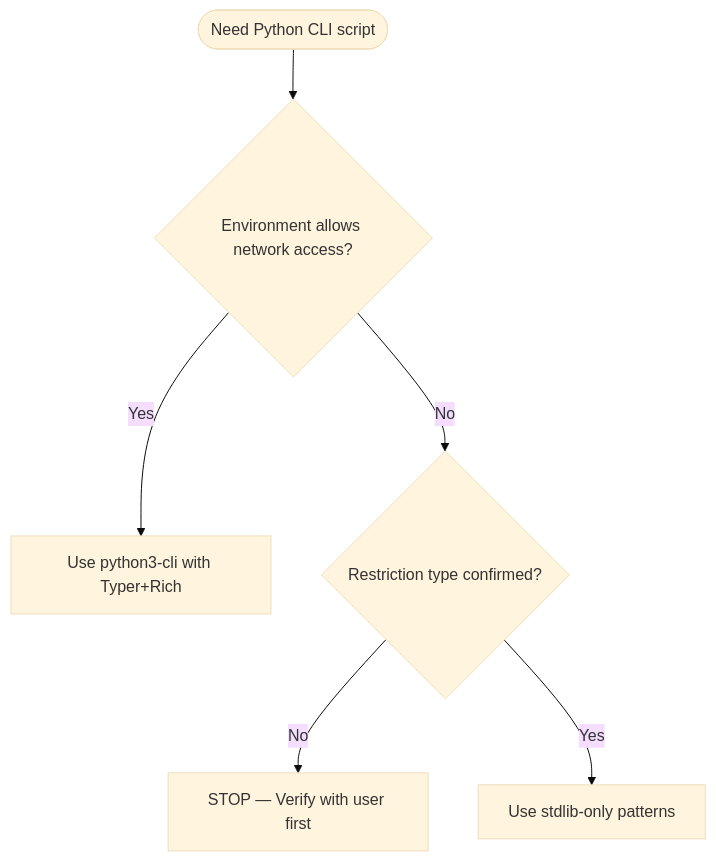
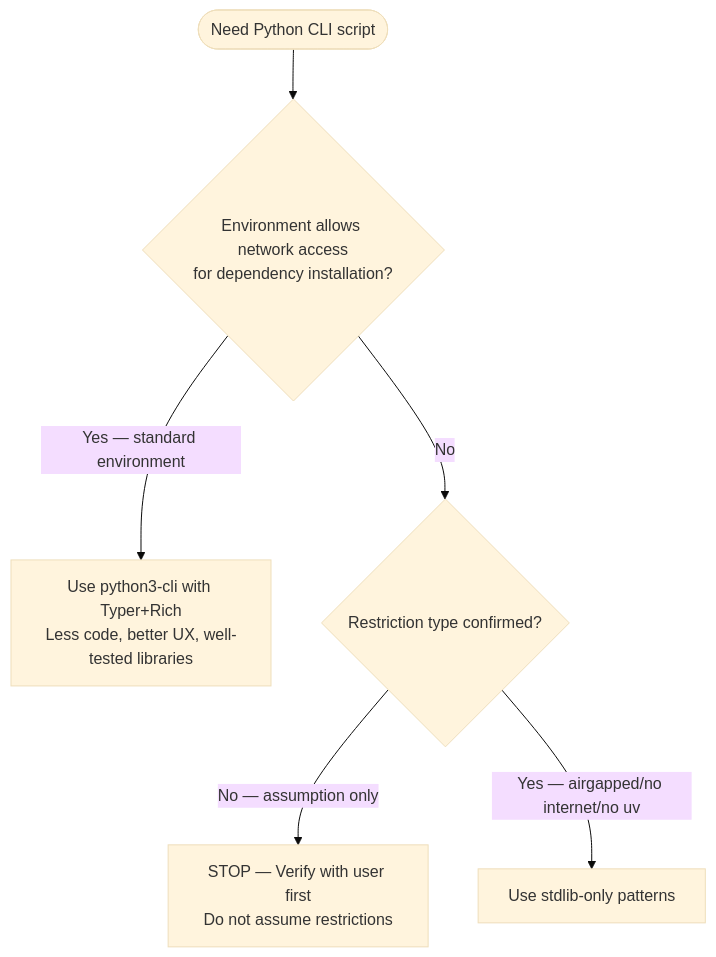
Before and after one commit to chgreer1070/claude_skills: the diagram in plugins/python-engineering/skills/python3-stdlib-only/SKILL.md, drawn with Mermaid (base theme). The commit also changed other lines of this file and 249 other files, not shown here.

````diff
--- a/plugins/python-engineering/skills/python3-stdlib-only/SKILL.md
+++ b/plugins/python-engineering/skills/python3-stdlib-only/SKILL.md
@@ -13,8 +13,8 @@
 ```mermaid
 flowchart TD
-    Start([Need Python CLI script]) --> Q1{Environment allows network access?}
-    Q1 -->|Yes| UseTyper[Use python3-cli with Typer+Rich]
+    Start([Need Python CLI script]) --> Q1{Environment allows network access<br>for dependency installation?}
+    Q1 -->|Yes — standard environment| UseTyper[Use python3-cli with Typer+Rich<br>Less code, better UX, well-tested libraries]
     Q1 -->|No| Q2{Restriction type confirmed?}
-    Q2 -->|No| Stop[STOP — Verify with user first]
-    Q2 -->|Yes| StdLib[Use stdlib-only patterns]
+    Q2 -->|No — assumption only| Stop[STOP — Verify with user first<br>Do not assume restrictions]
+    Q2 -->|Yes — airgapped/no internet/no uv| StdLib[Use stdlib-only patterns]
 ```
````
